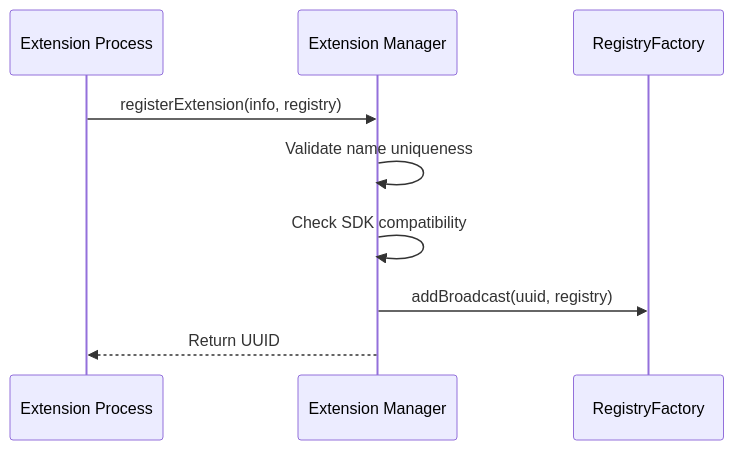
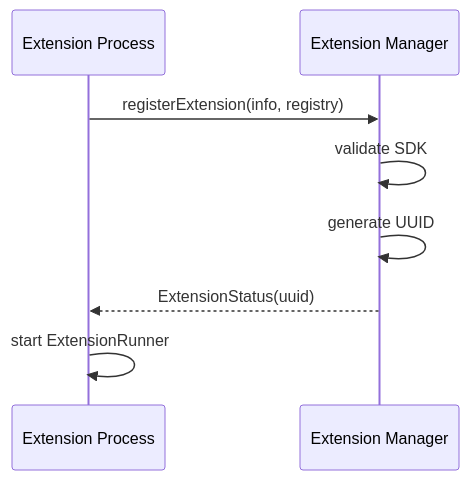
The third of 6 diagrams in docs/reference/architecture/extensions-and-ipc/extensions-and-ipc.md (flamingo-stack/osquery), drawn with Mermaid before and after one commit. The commit also changed other lines of this file and 388 other files, not shown here.

````diff
--- a/docs/reference/architecture/extensions-and-ipc/extensions-and-ipc.md
+++ b/docs/reference/architecture/extensions-and-ipc/extensions-and-ipc.md
@@ -110,12 +86,11 @@
 ```mermaid
 sequenceDiagram
     participant Ext as Extension Process
     participant EM as Extension Manager
-    participant Reg as RegistryFactory
 
     Ext->>EM: registerExtension(info, registry)
-    EM->>EM: Validate name uniqueness
-    EM->>EM: Check SDK compatibility
-    EM->>Reg: addBroadcast(uuid, registry)
-    EM-->>Ext: Return UUID
+    EM->>EM: validate SDK
+    EM->>EM: generate UUID
+    EM-->>Ext: ExtensionStatus(uuid)
+    Ext->>Ext: start ExtensionRunner
 ```
````
